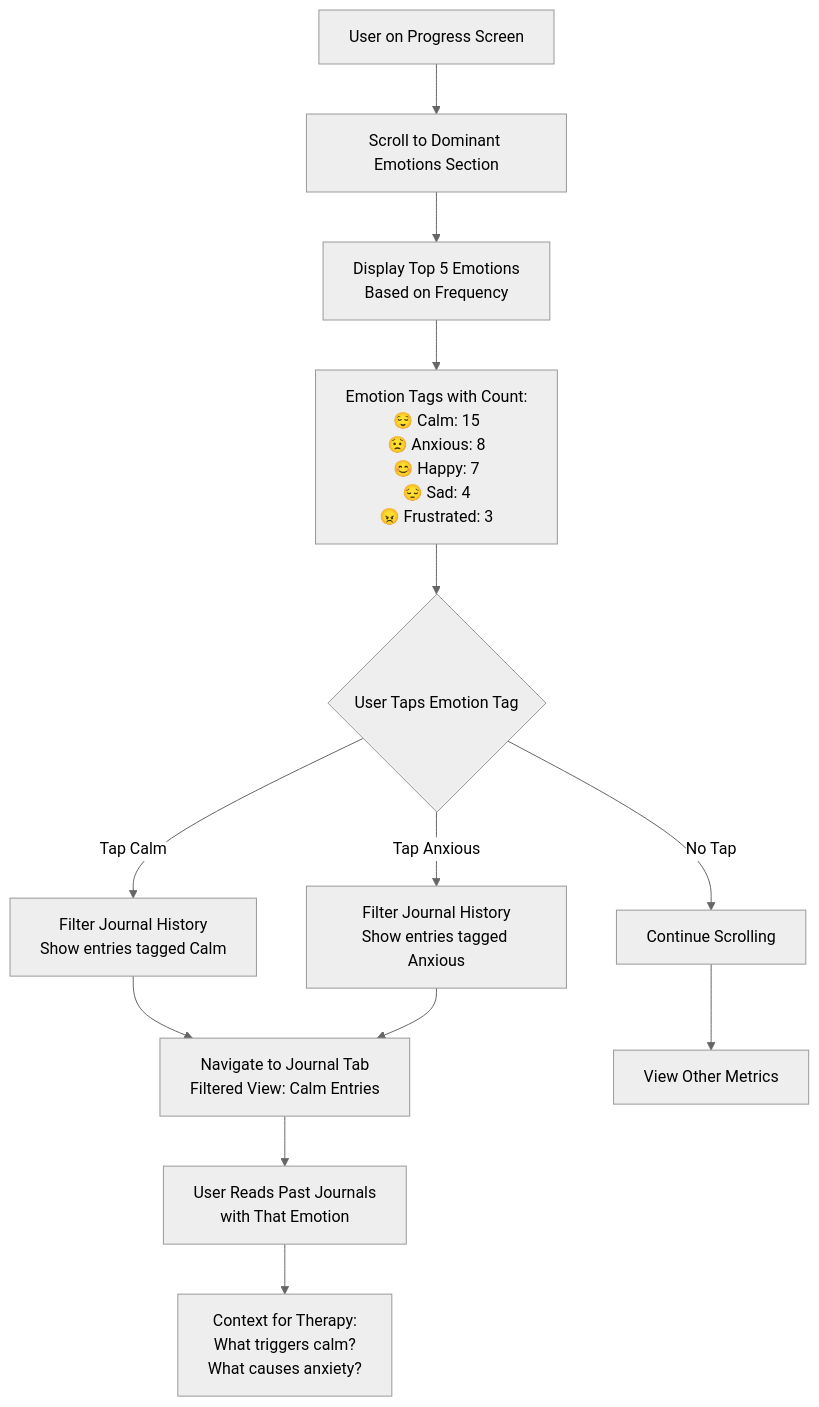
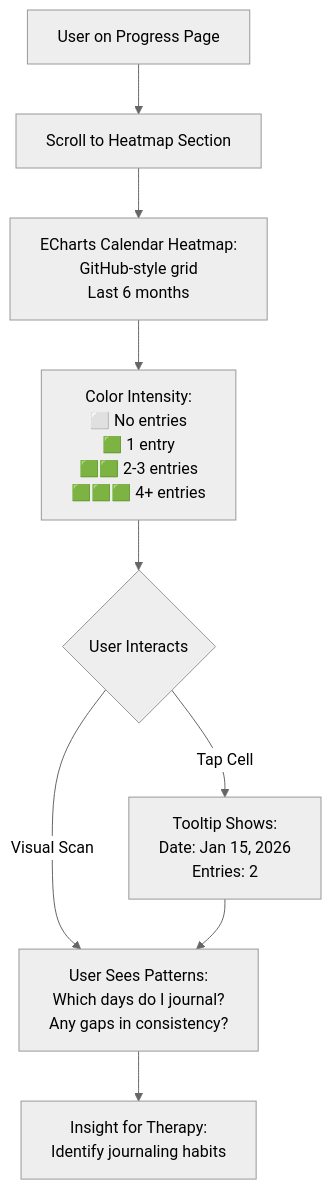
One commit to Nhatdien/tranquara_frontend changed the fourth of 6 diagrams in feature-design/07. Progress/01-PROGRESS-FLOWS.md. Above: the diagram before and after it, drawn with Mermaid (neutral theme). The commit also changed other lines of this file and 9 other files, not shown here.

````diff
--- a/feature-design/07. Progress/01-PROGRESS-FLOWS.md
+++ b/feature-design/07. Progress/01-PROGRESS-FLOWS.md
@@ -248,20 +95,14 @@
 ```mermaid
 flowchart TD
-    A[User on Progress Screen] --> B[Scroll to Dominant Emotions Section]
-    B --> C[Display Top 5 Emotions<br/>Based on Frequency]
+    A[User on Progress Page] --> B[Scroll to Heatmap Section]
+    B --> C[ECharts Calendar Heatmap:<br/>GitHub-style grid<br/>Last 6 months]
     
-    C --> D[Emotion Tags with Count:<br/>😌 Calm: 15<br/>😟 Anxious: 8<br/>😊 Happy: 7<br/>😔 Sad: 4<br/>😠 Frustrated: 3]
+    C --> D[Color Intensity:<br/>⬜ No entries<br/>🟩 1 entry<br/>🟩🟩 2-3 entries<br/>🟩🟩🟩 4+ entries]
     
-    D --> E{User Taps Emotion Tag}
-    E -->|Tap Calm| F[Filter Journal History<br/>Show entries tagged Calm]
-    E -->|Tap Anxious| G[Filter Journal History<br/>Show entries tagged Anxious]
-    E -->|No Tap| H[Continue Scrolling]
+    D --> E{User Interacts}
+    E -->|Tap Cell| F[Tooltip Shows:<br/>Date: Jan 15, 2026<br/>Entries: 2]
+    E -->|Visual Scan| G[User Sees Patterns:<br/>Which days do I journal?<br/>Any gaps in consistency?]
     
-    F --> I[Navigate to Journal Tab<br/>Filtered View: Calm Entries]
-    G --> I
-    
-    I --> J[User Reads Past Journals<br/>with That Emotion]
-    J --> K[Context for Therapy:<br/>What triggers calm?<br/>What causes anxiety?]
-    
-    H --> L[View Other Metrics]
+    F --> G
+    G --> H[Insight for Therapy:<br/>Identify journaling habits]
 ```
````
